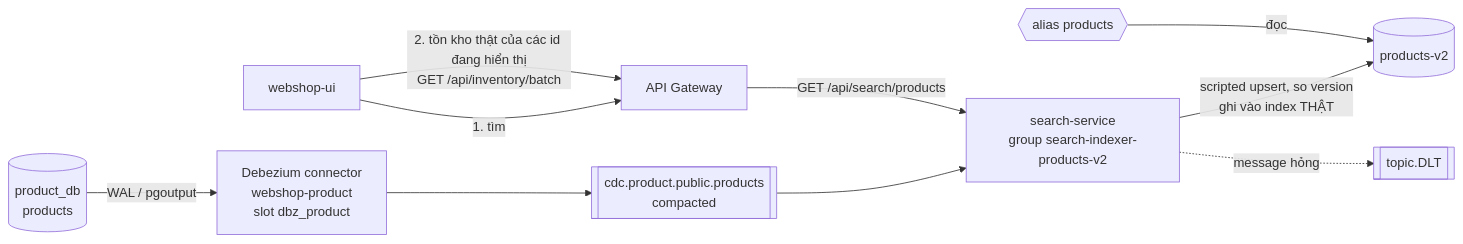
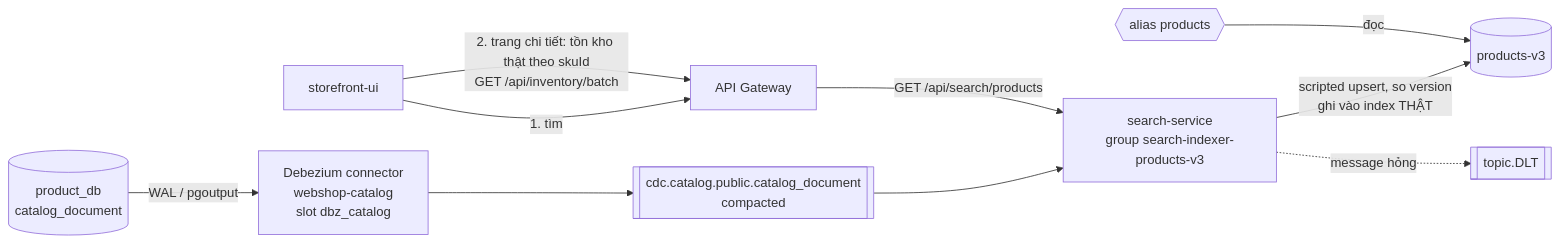
The ninth of 10 diagrams in docs/architecture.md (cuongpn97/microservices), drawn with Mermaid before and after one commit. The commit also changed other lines of this file and 6 other files, not shown here.

Commit message:
docs: document SPU/SKU catalog, images, reviews and the UI split

````diff
--- a/docs/architecture.md
+++ b/docs/architecture.md
@@ -364,12 +369,12 @@
 ```mermaid
 flowchart LR
-    P[(product_db<br/>products)] -- WAL / pgoutput --> DP[Debezium connector<br/>webshop-product<br/>slot dbz_product]
-    DP --> T1[[cdc.product.public.products<br/>compacted]]
-    T1 --> S[search-service<br/>group search-indexer-products-v2]
-    S -- scripted upsert, so version<br/>ghi vào index THẬT --> ES[(products-v2)]
+    P[(product_db<br/>catalog_document)] -- WAL / pgoutput --> DP[Debezium connector<br/>webshop-catalog<br/>slot dbz_catalog]
+    DP --> T1[[cdc.catalog.public.catalog_document<br/>compacted]]
+    T1 --> S[search-service<br/>group search-indexer-products-v3]
+    S -- scripted upsert, so version<br/>ghi vào index THẬT --> ES[(products-v3)]
     A{{alias products}} -- đọc --> ES
     S -. message hỏng .-> DLT[[topic.DLT]]
     GW[API Gateway] -- GET /api/search/products --> S
-    UI[webshop-ui] -- 1. tìm --> GW
-    UI -- 2. tồn kho thật của các id đang hiển thị<br/>GET /api/inventory/batch --> GW
+    UI[storefront-ui] -- 1. tìm --> GW
+    UI -- 2. trang chi tiết: tồn kho thật theo skuId<br/>GET /api/inventory/batch --> GW
 ```
````
